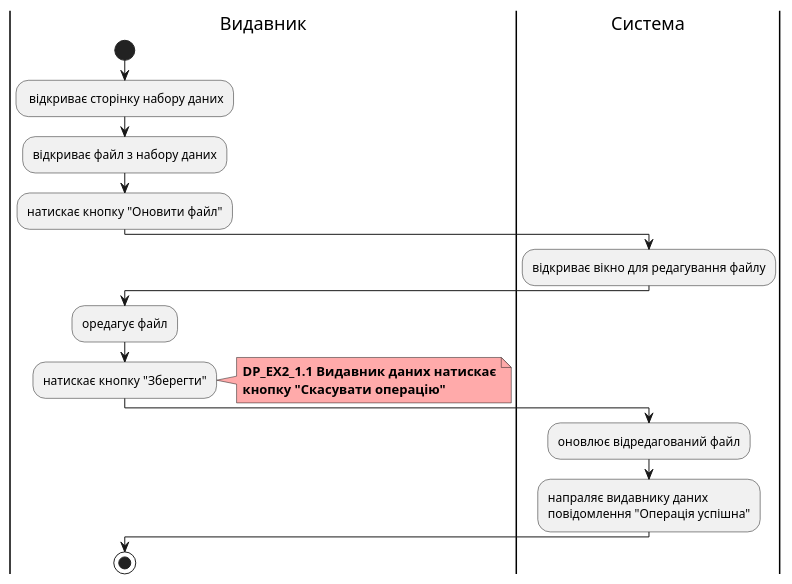
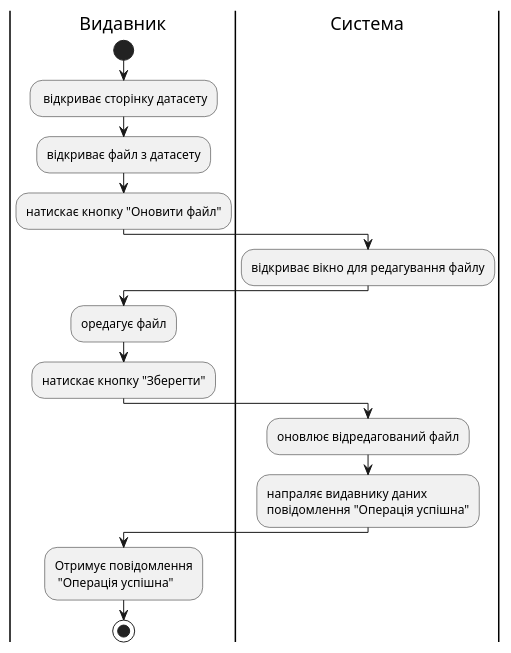
The third of 4 diagrams in docs/use cases/DataPublisher.md (boldak/edu-db-cw), drawn with PlantUML before and after one commit. The commit also changed other lines of this file and 2 other files, not shown here.

Commit message:
files added to main readme file, all diagrams together, diagrams arrows fixed

```diff
--- a/docs/use cases/DataPublisher.md
+++ b/docs/use cases/DataPublisher.md
@@ -158,24 +145,22 @@
 @startuml
 
     |Видавник|
         start
-        : відкриває сторінку набору даних;
-        :відкриває файл з набору даних;
+        : відкриває сторінку датасету;
+        :відкриває файл з датасету;
         :натискає кнопку "Оновити файл";
     |Система|
         :відкриває вікно для редагування файлу;
     |Видавник|
         :оредагує файл;
         :натискає кнопку "Зберегти";
-        note right #ffaaaa
-        <b>DP_EX2_1.1 Видавник даних натискає
-        <b>кнопку "Скасувати операцію" 
-        end note
     |Система|
         :оновлює відредагований файл;
         :напраляє видавнику даних
         повідомлення "Операція успішна";
     |Видавник|
+        :Отримує повідомлення
+         "Операція успішна";
         stop;
 
 @enduml
```
